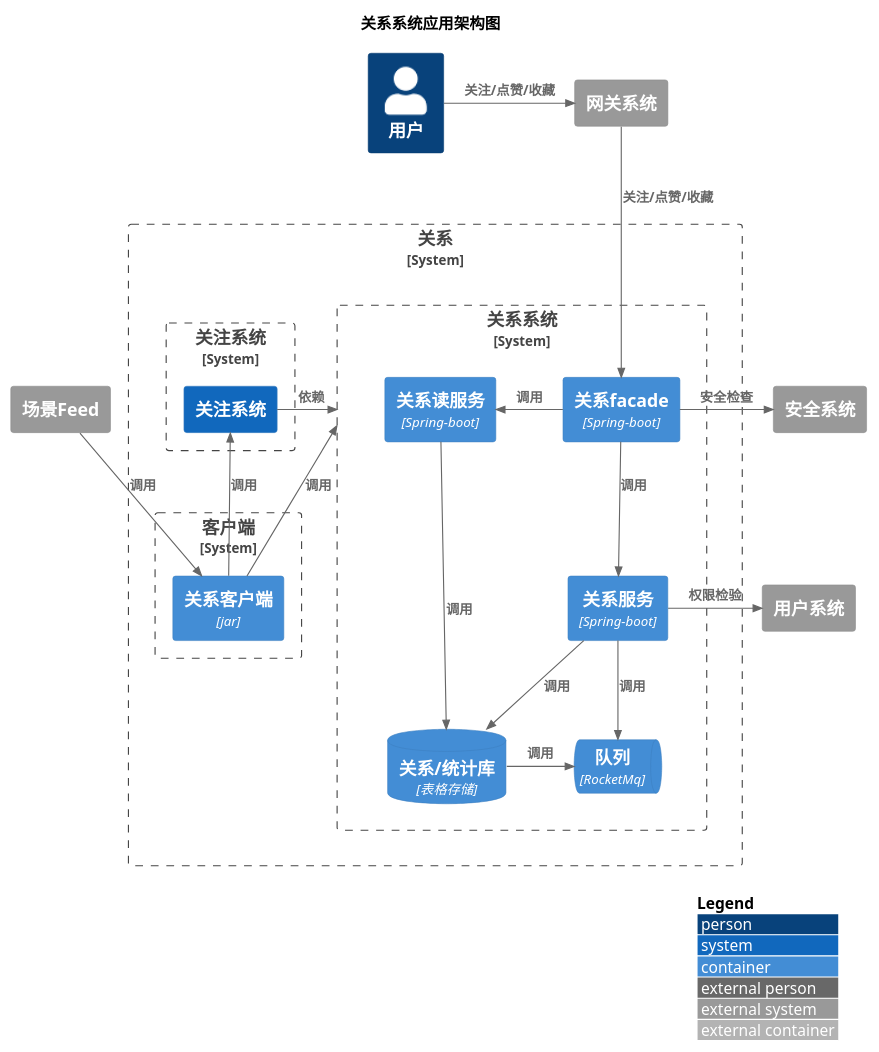
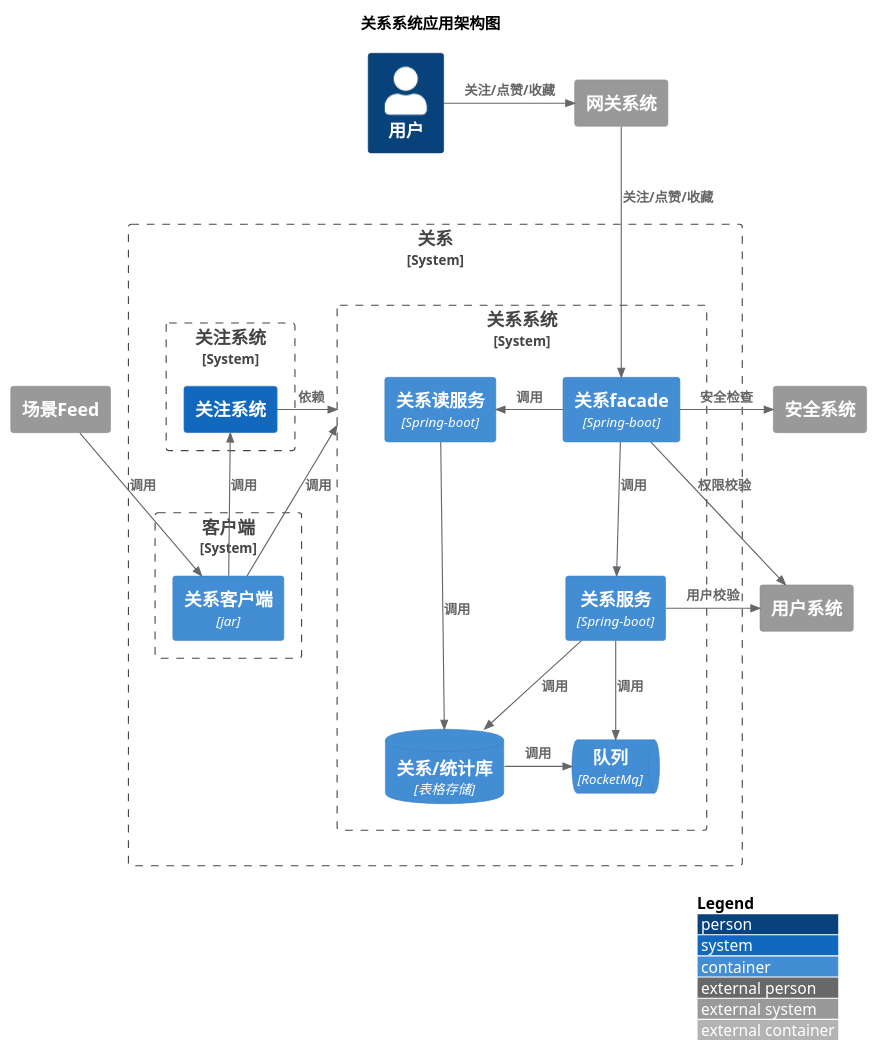
The diagram in puml/interact/relation/container.puml (nxnnxn/community-doc), drawn with PlantUML before and after one commit. The commit also changed 7 other files, not shown here.

```diff
--- a/puml/interact/relation/container.puml
+++ b/puml/interact/relation/container.puml
@@ -1,49 +1,50 @@
 @startuml
 !include <C4/C4_Container>
 LAYOUT_WITH_LEGEND()
 
 title 关系系统应用架构图
 
 Person(user, "用户")
 
 System_Boundary(relationProduction, "关系"){
     System_Boundary(relationBoundary, "关系系统") {
           Container(relationFacade, "关系facade","Spring-boot")
           Container(relationReadService, "关系读服务","Spring-boot")
           Container(relationWriteService, "关系服务","Spring-boot")
           ContainerDb(relationDatabase, "关系/统计库", "表格存储")
           ContainerQueue(relationQueue, "队列", "RocketMq")
           Rel_L(relationFacade, relationReadService, "调用")
           Rel(relationFacade, relationWriteService, "调用")
           Rel(relationReadService, relationDatabase, "调用")
           Rel(relationWriteService, relationDatabase, "调用")
           Rel_L(relationDatabase, relationQueue, "调用")
           Rel(relationWriteService, relationQueue, "调用")
 
     }
     System_Boundary(followBoundary, "关注系统") {
            System(follow, "关注系统")
     }
     System_Boundary(relationClientBoundary, "客户端") {
           Container(relationClient, "关系客户端","jar")
     }
 
 }
 System_Ext(gateway,"网关系统")
 System_Ext(feed, "场景Feed")
 System_Ext(security,"安全系统")
 System_Ext(userSystem,"用户系统")
 
 
 Rel_R(user, gateway, "关注/点赞/收藏")
 Rel(gateway, relationFacade, "关注/点赞/收藏")
 Rel_R(relationFacade, security, "安全检查")
-Rel_R(relationWriteService, userSystem, "权限检验")
+Rel(relationFacade, userSystem, "权限校验")
+Rel_R(relationWriteService, userSystem, "用户校验")
 Rel_R(follow,relationBoundary, "依赖")
 Rel_U(relationClient,relationBoundary, "调用")
 Rel_U(relationClient,follow, "调用")
 Rel(feed,relationClient, "调用")
 
 
 
 @enduml
```
